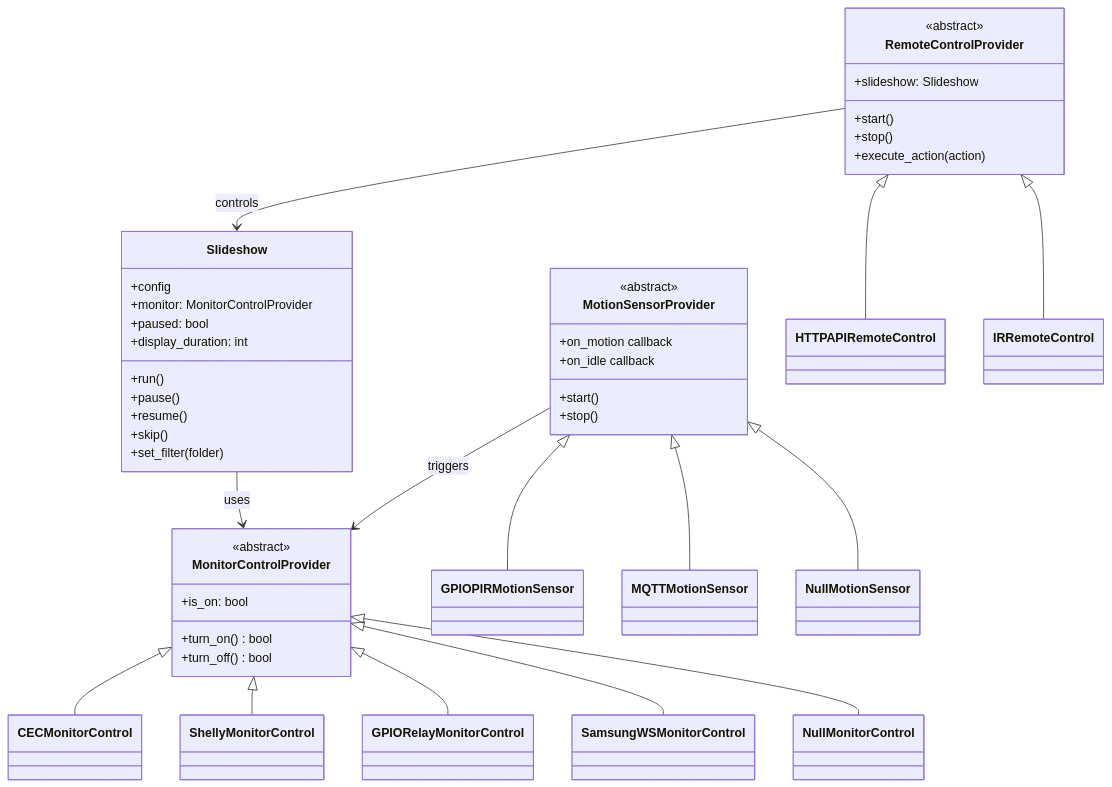
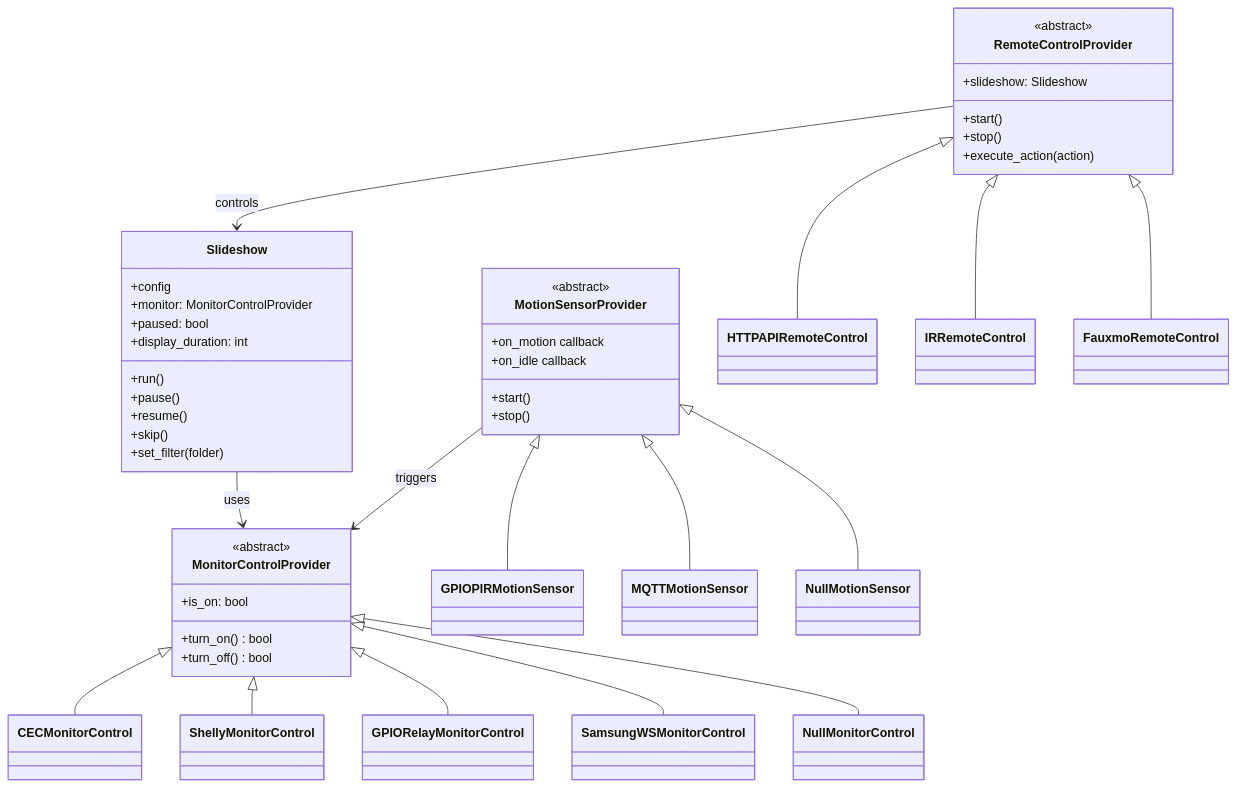
One commit to aide-examples/aide-slideshow changed the first of 2 diagrams in app/README.md. Above: the diagram before and after it, drawn with Mermaid. The commit also changed other lines of this file and 2 other files, not shown here.

First line of the commit message:
Improve Alexa voice control and welcome screen

````diff
--- a/app/README.md
+++ b/app/README.md
@@ -154,64 +154,66 @@
 ```mermaid
 classDiagram
     class Slideshow {
         +config
         +monitor: MonitorControlProvider
         +paused: bool
         +display_duration: int
         +run()
         +pause()
         +resume()
         +skip()
         +set_filter(folder)
     }
 
     class MonitorControlProvider {
         <<abstract>>
         +turn_on() bool
         +turn_off() bool
         +is_on: bool
     }
     class CECMonitorControl
     class ShellyMonitorControl
     class GPIORelayMonitorControl
     class SamsungWSMonitorControl
     class NullMonitorControl
 
     class MotionSensorProvider {
         <<abstract>>
         +on_motion callback
         +on_idle callback
         +start()
         +stop()
     }
     class GPIOPIRMotionSensor
     class MQTTMotionSensor
     class NullMotionSensor
 
     class RemoteControlProvider {
         <<abstract>>
         +slideshow: Slideshow
         +start()
         +stop()
         +execute_action(action)
     }
     class HTTPAPIRemoteControl
     class IRRemoteControl
+    class FauxmoRemoteControl
 
     MonitorControlProvider <|-- CECMonitorControl
     MonitorControlProvider <|-- ShellyMonitorControl
     MonitorControlProvider <|-- GPIORelayMonitorControl
     MonitorControlProvider <|-- SamsungWSMonitorControl
     MonitorControlProvider <|-- NullMonitorControl
 
     MotionSensorProvider <|-- GPIOPIRMotionSensor
     MotionSensorProvider <|-- MQTTMotionSensor
     MotionSensorProvider <|-- NullMotionSensor
 
     RemoteControlProvider <|-- HTTPAPIRemoteControl
     RemoteControlProvider <|-- IRRemoteControl
+    RemoteControlProvider <|-- FauxmoRemoteControl
 
     Slideshow --> MonitorControlProvider : uses
     RemoteControlProvider --> Slideshow : controls
     MotionSensorProvider --> MonitorControlProvider : triggers
 ```
````
